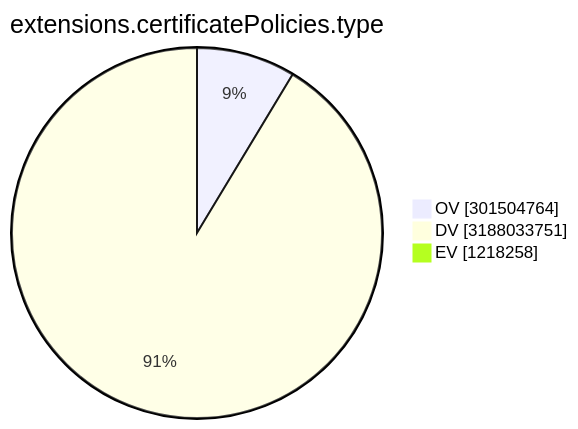
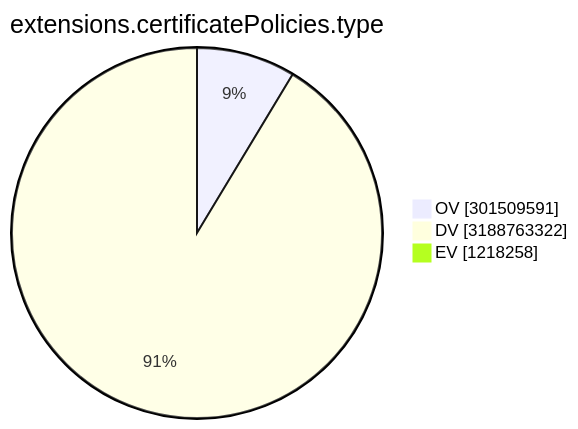
Before and after one commit to christiankrug/ctmonitor_visualization: the ninth of 15 diagrams in TOTAL/README.md, drawn with Mermaid. The commit also changed other lines of this file, not shown here.

````diff
--- a/TOTAL/README.md
+++ b/TOTAL/README.md
@@ -3106,7 +3106,7 @@
 ```mermaid
 pie showData
 title extensions.certificatePolicies.type
-"OV" :301504764
-"DV" :3188033751
+"OV" :301509591
+"DV" :3188763322
 "EV" :1218258
 ```
````
